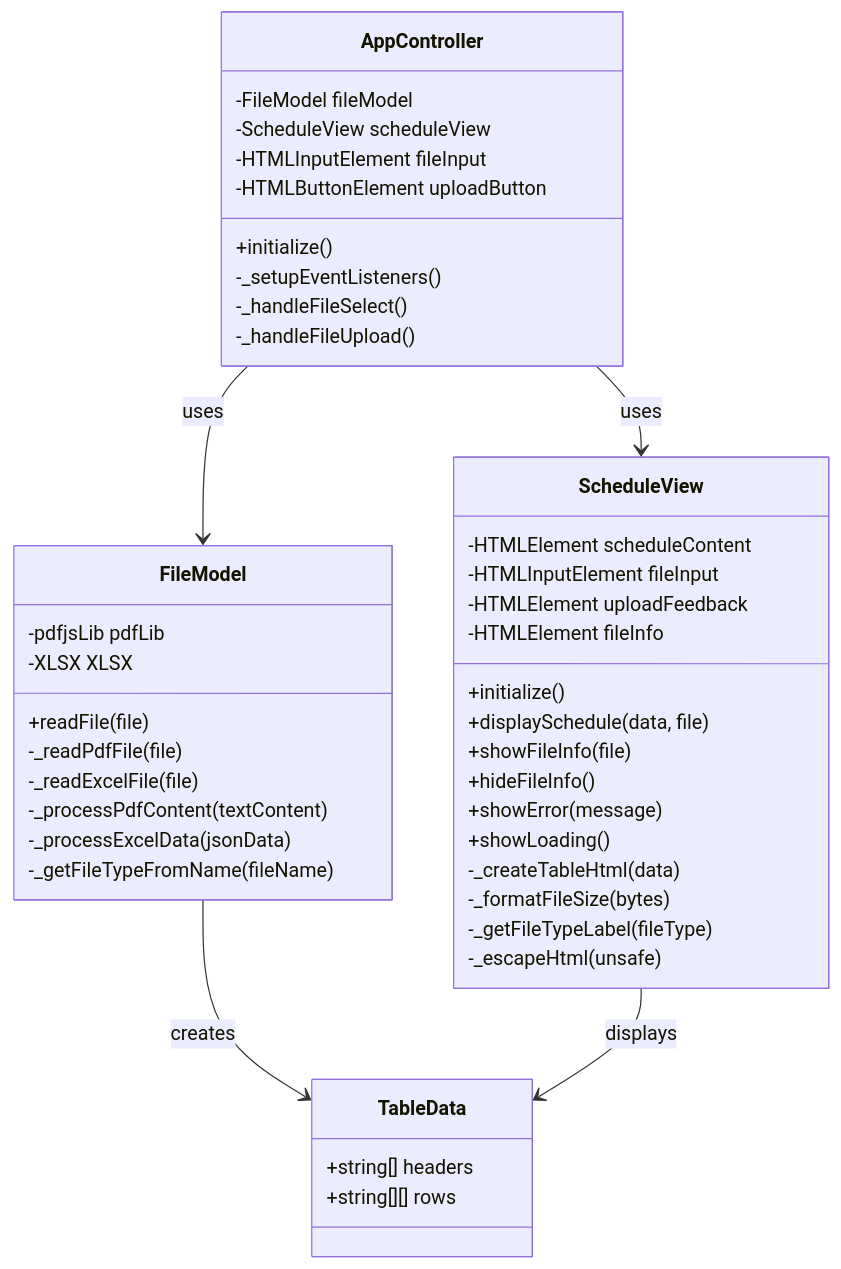
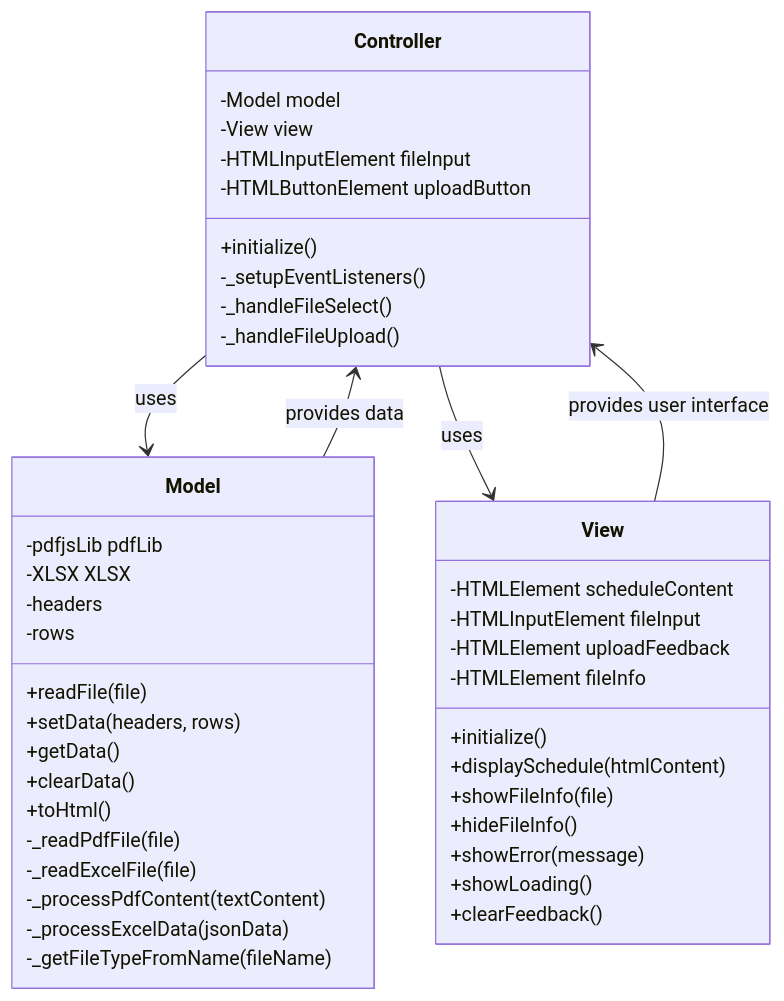
The first of 4 diagrams in HW1/JavaScript/README.md (ahmetcankaratas/transformer), drawn with Mermaid before and after one commit. The commit also changed other lines of this file, not shown here.

````diff
--- a/HW1/JavaScript/README.md
+++ b/HW1/JavaScript/README.md
@@ -34,51 +29,49 @@
 ```mermaid
 classDiagram
-    AppController --> FileModel : uses
-    AppController --> ScheduleView : uses
-    FileModel --> TableData : creates
-    ScheduleView --> TableData : displays
+    Controller --> Model : uses
+    Controller --> View : uses
+    Model --> Controller : provides data
+    View --> Controller : provides user interface
 
-    class AppController {
-        -FileModel fileModel
-        -ScheduleView scheduleView
+    class Controller {
+        -Model model
+        -View view
         -HTMLInputElement fileInput
         -HTMLButtonElement uploadButton
         +initialize()
         -_setupEventListeners()
         -_handleFileSelect()
         -_handleFileUpload()
     }
 
-    class FileModel {
+    class Model {
         -pdfjsLib pdfLib
         -XLSX XLSX
+        -headers
+        -rows
         +readFile(file)
+        +setData(headers, rows)
+        +getData()
+        +clearData()
+        +toHtml()
         -_readPdfFile(file)
         -_readExcelFile(file)
         -_processPdfContent(textContent)
         -_processExcelData(jsonData)
         -_getFileTypeFromName(fileName)
     }
 
-    class ScheduleView {
+    class View {
         -HTMLElement scheduleContent
         -HTMLInputElement fileInput
         -HTMLElement uploadFeedback
         -HTMLElement fileInfo
         +initialize()
-        +displaySchedule(data, file)
+        +displaySchedule(htmlContent)
         +showFileInfo(file)
         +hideFileInfo()
         +showError(message)
         +showLoading()
-        -_createTableHtml(data)
-        -_formatFileSize(bytes)
-        -_getFileTypeLabel(fileType)
-        -_escapeHtml(unsafe)
-    }
-
-    class TableData {
-        +string[] headers
-        +string[][] rows
+        +clearFeedback()
     }
 ```
````
